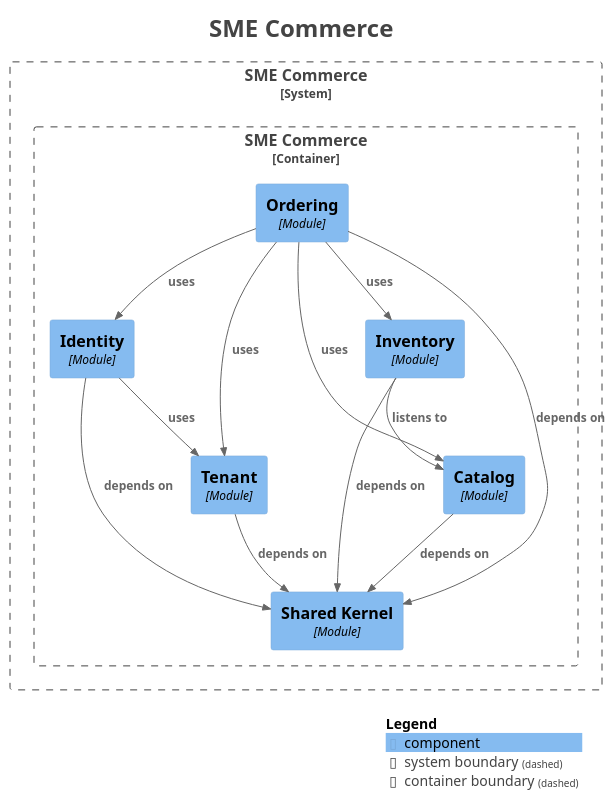
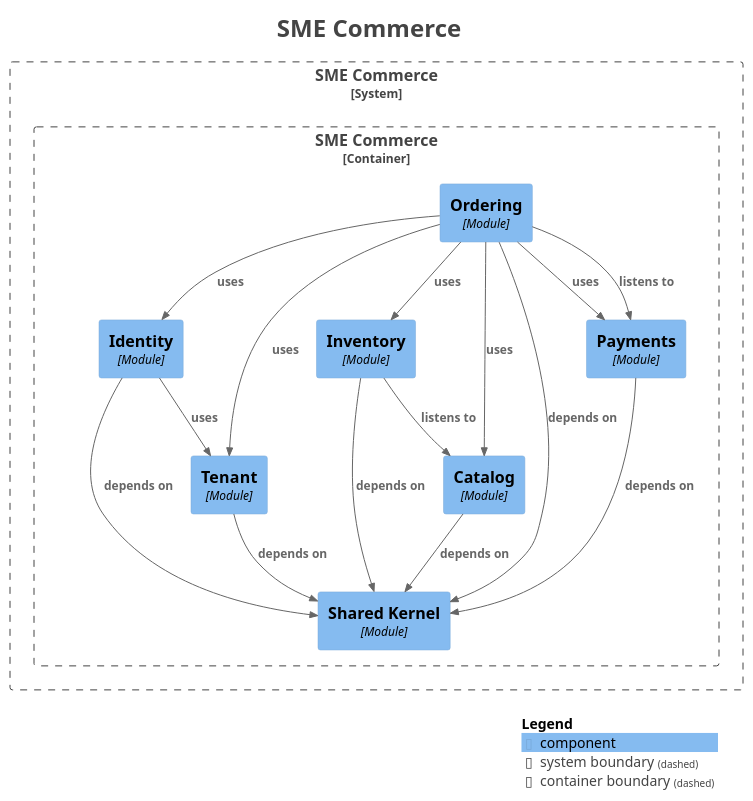
The diagram in docs/modules/components.puml (hezronokwach/sme-commerce-platform), drawn with PlantUML before and after one commit. The commit also changed 8 other files, not shown here.

```diff
--- a/docs/modules/components.puml
+++ b/docs/modules/components.puml
@@ -1,44 +1,48 @@
 @startuml
 title <size:24>SME Commerce</size>
 
 set separator none
 top to bottom direction
 
 <style>
   root {
     BackgroundColor: #ffffff
     FontColor: #444444
   }
 </style>
 
 !include <C4/C4>
 !include <C4/C4_Context>
 !include <C4/C4_Component>
 
 System_Boundary("SMECommerce_boundary", "SME Commerce", $tags="") {
   Container_Boundary("SMECommerce.SMECommerce_boundary", "SME Commerce", $tags="") {
     Component(SMECommerce.SMECommerce.Identity, "Identity", $techn="Module", $descr="", $tags="", $link="")
     Component(SMECommerce.SMECommerce.Inventory, "Inventory", $techn="Module", $descr="", $tags="", $link="")
     Component(SMECommerce.SMECommerce.Ordering, "Ordering", $techn="Module", $descr="", $tags="", $link="")
     Component(SMECommerce.SMECommerce.SharedKernel, "Shared Kernel", $techn="Module", $descr="", $tags="", $link="")
     Component(SMECommerce.SMECommerce.Catalog, "Catalog", $techn="Module", $descr="", $tags="", $link="")
+    Component(SMECommerce.SMECommerce.Payments, "Payments", $techn="Module", $descr="", $tags="", $link="")
     Component(SMECommerce.SMECommerce.Tenant, "Tenant", $techn="Module", $descr="", $tags="", $link="")
   }
 
 }
 
-Rel(SMECommerce.SMECommerce.Tenant, SMECommerce.SMECommerce.SharedKernel, "depends on", $techn="", $tags="", $link="")
+Rel(SMECommerce.SMECommerce.Payments, SMECommerce.SMECommerce.SharedKernel, "depends on", $techn="", $tags="", $link="")
+Rel(SMECommerce.SMECommerce.Ordering, SMECommerce.SMECommerce.Payments, "listens to", $techn="", $tags="", $link="")
 Rel(SMECommerce.SMECommerce.Ordering, SMECommerce.SMECommerce.SharedKernel, "depends on", $techn="", $tags="", $link="")
+Rel(SMECommerce.SMECommerce.Ordering, SMECommerce.SMECommerce.Inventory, "uses", $techn="", $tags="", $link="")
 Rel(SMECommerce.SMECommerce.Ordering, SMECommerce.SMECommerce.Tenant, "uses", $techn="", $tags="", $link="")
 Rel(SMECommerce.SMECommerce.Ordering, SMECommerce.SMECommerce.Catalog, "uses", $techn="", $tags="", $link="")
 Rel(SMECommerce.SMECommerce.Ordering, SMECommerce.SMECommerce.Identity, "uses", $techn="", $tags="", $link="")
-Rel(SMECommerce.SMECommerce.Ordering, SMECommerce.SMECommerce.Inventory, "uses", $techn="", $tags="", $link="")
+Rel(SMECommerce.SMECommerce.Ordering, SMECommerce.SMECommerce.Payments, "uses", $techn="", $tags="", $link="")
 Rel(SMECommerce.SMECommerce.Catalog, SMECommerce.SMECommerce.SharedKernel, "depends on", $techn="", $tags="", $link="")
+Rel(SMECommerce.SMECommerce.Tenant, SMECommerce.SMECommerce.SharedKernel, "depends on", $techn="", $tags="", $link="")
 Rel(SMECommerce.SMECommerce.Identity, SMECommerce.SMECommerce.SharedKernel, "depends on", $techn="", $tags="", $link="")
 Rel(SMECommerce.SMECommerce.Identity, SMECommerce.SMECommerce.Tenant, "uses", $techn="", $tags="", $link="")
 Rel(SMECommerce.SMECommerce.Inventory, SMECommerce.SMECommerce.Catalog, "listens to", $techn="", $tags="", $link="")
 Rel(SMECommerce.SMECommerce.Inventory, SMECommerce.SMECommerce.SharedKernel, "depends on", $techn="", $tags="", $link="")
 
 SHOW_LEGEND(true)
 hide stereotypes
 @enduml
```
